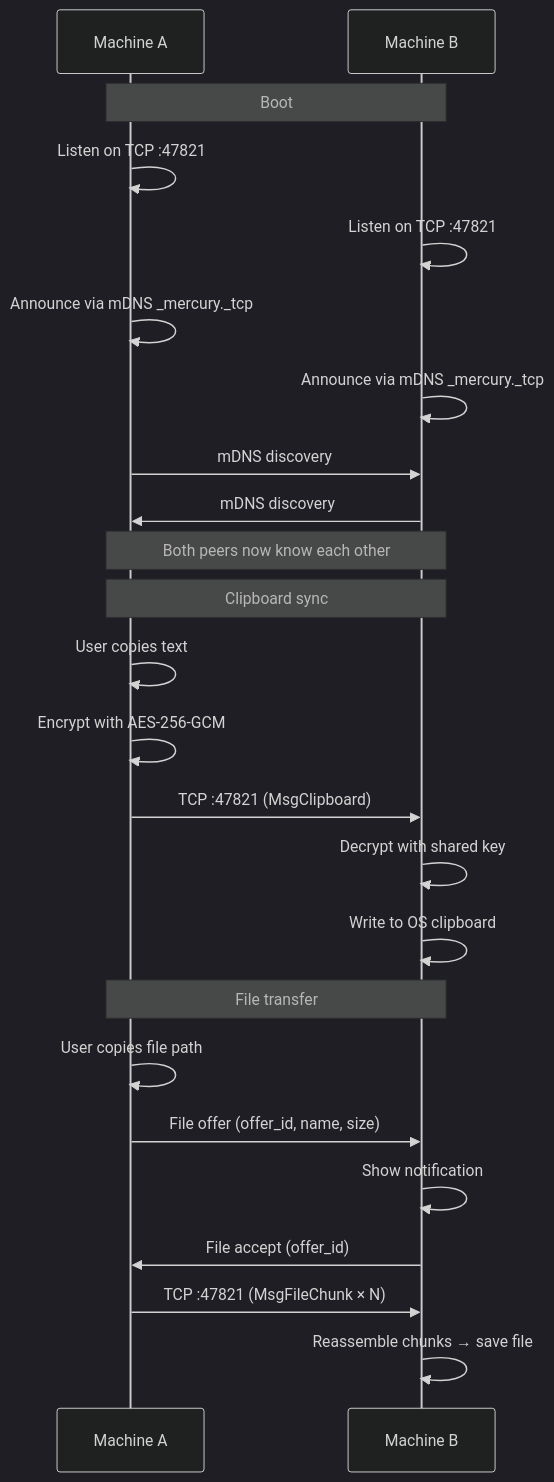
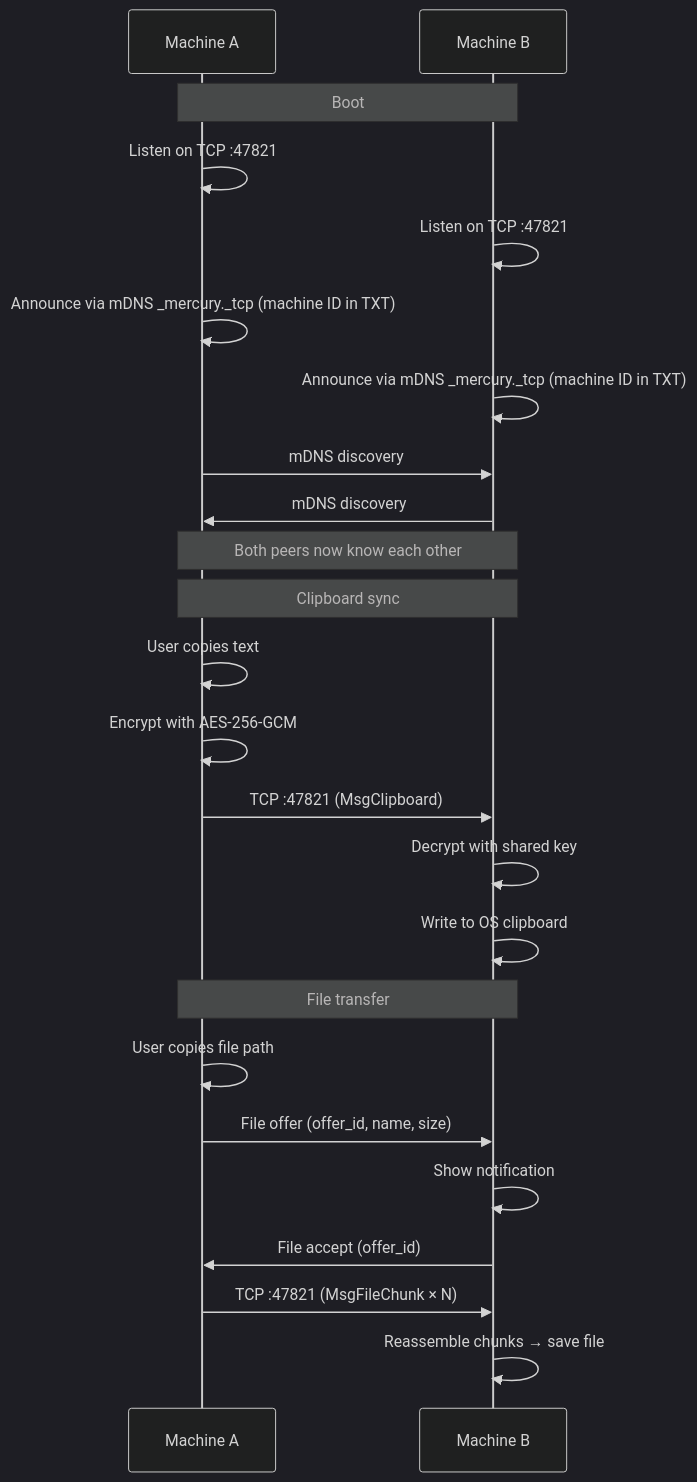
Before and after one commit to striker561/Mercury: the diagram in docs/docs/architecture.md, drawn with Mermaid (dark theme). The commit also changed other lines of this file and 5 other files, not shown here.

Commit message:
docs: update architecture, docs, TODO and FAQ for network-change watcher and stable machine ID

````diff
--- a/docs/docs/architecture.md
+++ b/docs/docs/architecture.md
@@ -11,29 +11,29 @@
 ```mermaid
 sequenceDiagram
     participant A as Machine A
     participant B as Machine B
 
     Note over A,B: Boot
     A->>A: Listen on TCP :47821
     B->>B: Listen on TCP :47821
-    A->>A: Announce via mDNS _mercury._tcp
-    B->>B: Announce via mDNS _mercury._tcp
+    A->>A: Announce via mDNS _mercury._tcp (machine ID in TXT)
+    B->>B: Announce via mDNS _mercury._tcp (machine ID in TXT)
     A->>B: mDNS discovery
     B->>A: mDNS discovery
     Note over A,B: Both peers now know each other
 
     Note over A,B: Clipboard sync
     A->>A: User copies text
     A->>A: Encrypt with AES-256-GCM
     A->>B: TCP :47821 (MsgClipboard)
     B->>B: Decrypt with shared key
     B->>B: Write to OS clipboard
 
     Note over A,B: File transfer
     A->>A: User copies file path
     A->>B: File offer (offer_id, name, size)
     B->>B: Show notification
     B->>A: File accept (offer_id)
     A->>B: TCP :47821 (MsgFileChunk × N)
     B->>B: Reassemble chunks → save file
 ```
````
